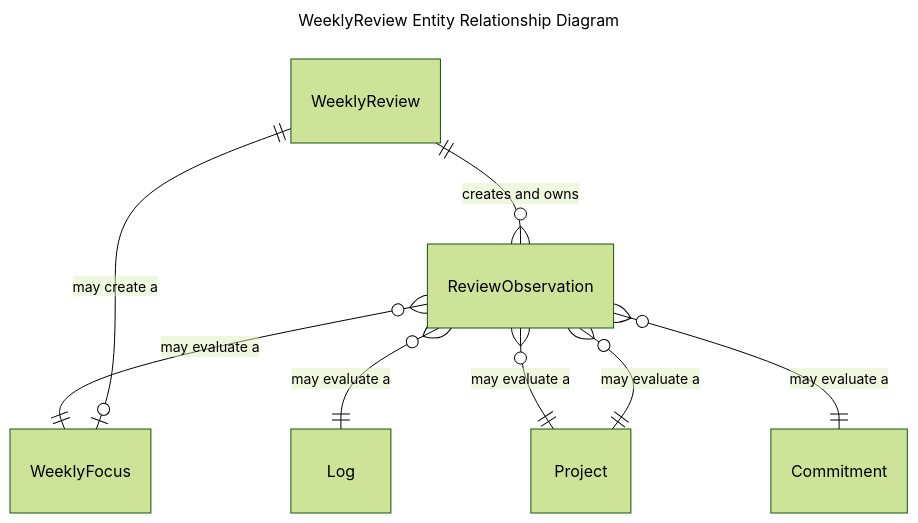
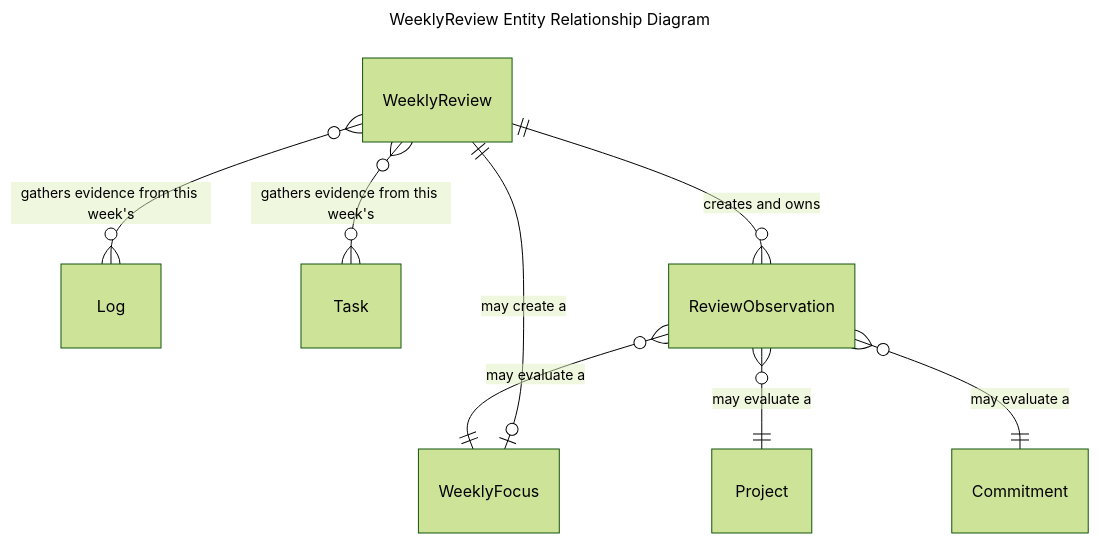
One commit to osgrouch/olos changed the seventh of 9 diagrams in design-docs/02-entity-relationship-diagrams.md. Above: the diagram before and after it, drawn with Mermaid (forest theme). The commit also changed other lines of this file and 3 other files, not shown here.

Commit message:
Refining ubiq lang and mermaid diagrams

````diff
--- a/design-docs/02-entity-relationship-diagrams.md
+++ b/design-docs/02-entity-relationship-diagrams.md
@@ -152,17 +173,17 @@
 ``` mermaid
 ---
 title: WeeklyReview Entity Relationship Diagram
 ---
 erDiagram
   direction TB
   
+  WeeklyReview }o--o{ Log : "gathers evidence from this week's"
+  WeeklyReview }o--o{ Task : "gathers evidence from this week's"
   WeeklyReview ||--o{ ReviewObservation : "creates and owns"
 
   ReviewObservation }o--|| WeeklyFocus : "may evaluate a"
-  ReviewObservation }o--|| Log : "may evaluate a"
   ReviewObservation }o--|| Project : "may evaluate a"
   ReviewObservation }o--|| Commitment : "may evaluate a"
-  ReviewObservation }o--|| Project : "may evaluate a"
 
   WeeklyReview ||--o| WeeklyFocus : "may create a"
 ```
````
